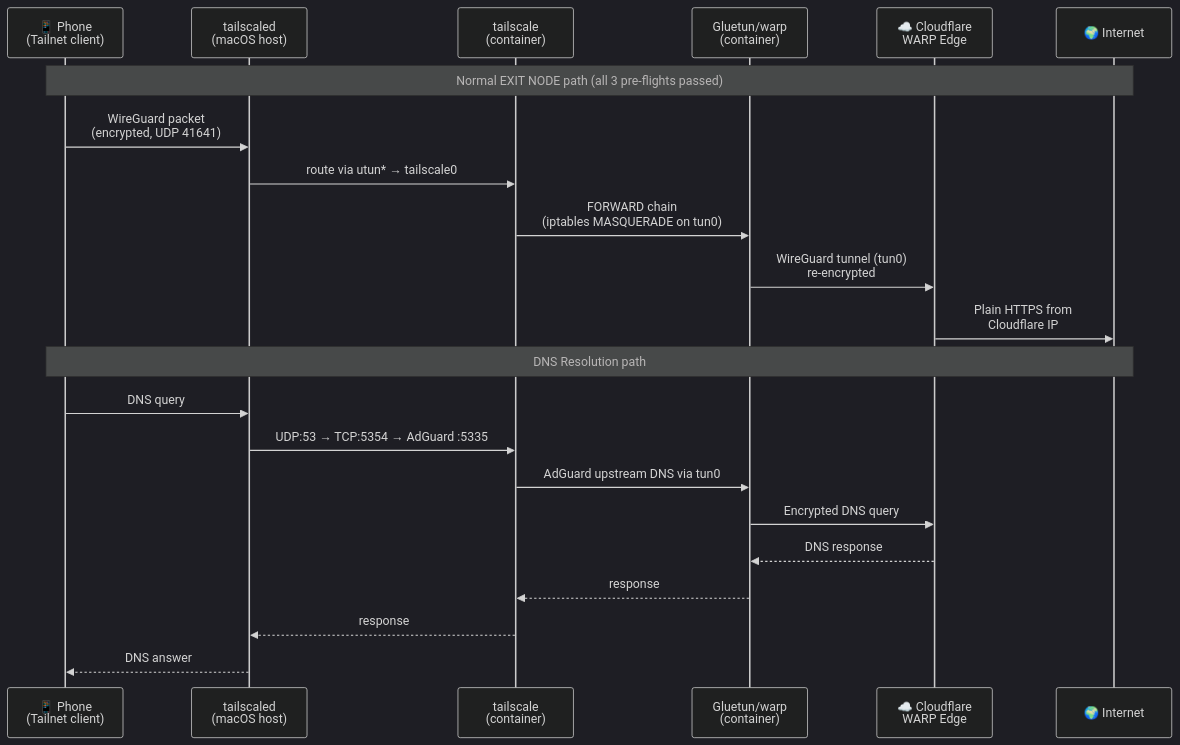
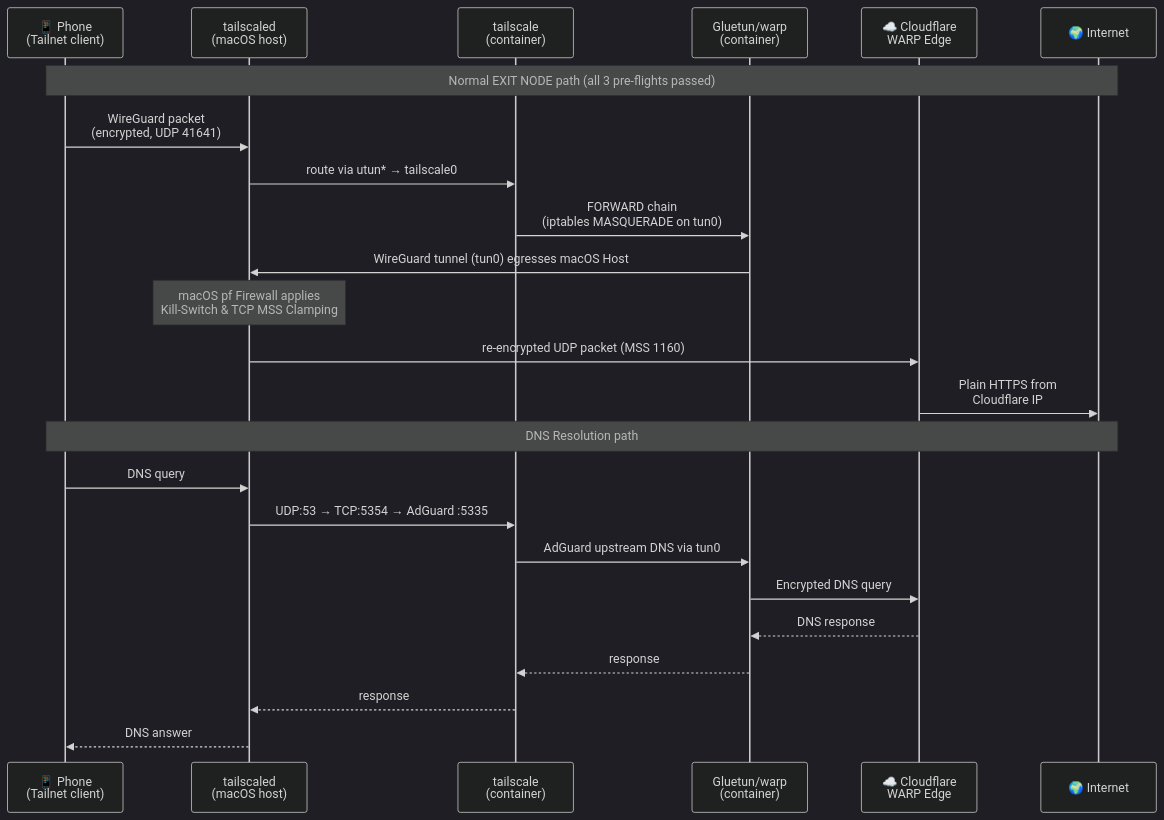
One commit to OmarAlaaeldein/nullexit changed the fifth of 7 diagrams in diagrams.md. Above: the diagram before and after it, drawn with Mermaid (dark theme). The commit also changed other lines of this file and 4 other files, not shown here.

First line of the commit message:
docs: comprehensive MTU optimization & bufferbloat fix, update architecture

````diff
--- a/diagrams.md
+++ b/diagrams.md
@@ -214,27 +216,29 @@
 ```mermaid
 sequenceDiagram
     participant PHONE as 📱 Phone<br/>(Tailnet client)
     participant TS_HOST as tailscaled<br/>(macOS host)
     participant TS_CONTAINER as tailscale<br/>(container)
     participant GLUETUN as Gluetun/warp<br/>(container)
     participant CF as ☁️ Cloudflare<br/>WARP Edge
     participant INTERNET as 🌍 Internet
 
     Note over PHONE,INTERNET: Normal EXIT NODE path (all 3 pre-flights passed)
 
     PHONE->>TS_HOST: WireGuard packet<br/>(encrypted, UDP 41641)
     TS_HOST->>TS_CONTAINER: route via utun* → tailscale0
     TS_CONTAINER->>GLUETUN: FORWARD chain<br/>(iptables MASQUERADE on tun0)
-    GLUETUN->>CF: WireGuard tunnel (tun0)<br/>re-encrypted
+    GLUETUN->>TS_HOST: WireGuard tunnel (tun0) egresses macOS Host
+    Note over TS_HOST: macOS pf Firewall applies<br/>Kill-Switch & TCP MSS Clamping
+    TS_HOST->>CF: re-encrypted UDP packet (MSS 1160)
     CF->>INTERNET: Plain HTTPS from<br/>Cloudflare IP
 
     Note over PHONE,INTERNET: DNS Resolution path
     PHONE->>TS_HOST: DNS query
     TS_HOST->>TS_CONTAINER: UDP:53 → TCP:5354 → AdGuard :5335
     TS_CONTAINER->>GLUETUN: AdGuard upstream DNS via tun0
     GLUETUN->>CF: Encrypted DNS query
     CF-->>GLUETUN: DNS response
     GLUETUN-->>TS_CONTAINER: response
     TS_CONTAINER-->>TS_HOST: response
     TS_HOST-->>PHONE: DNS answer
 ```
````
